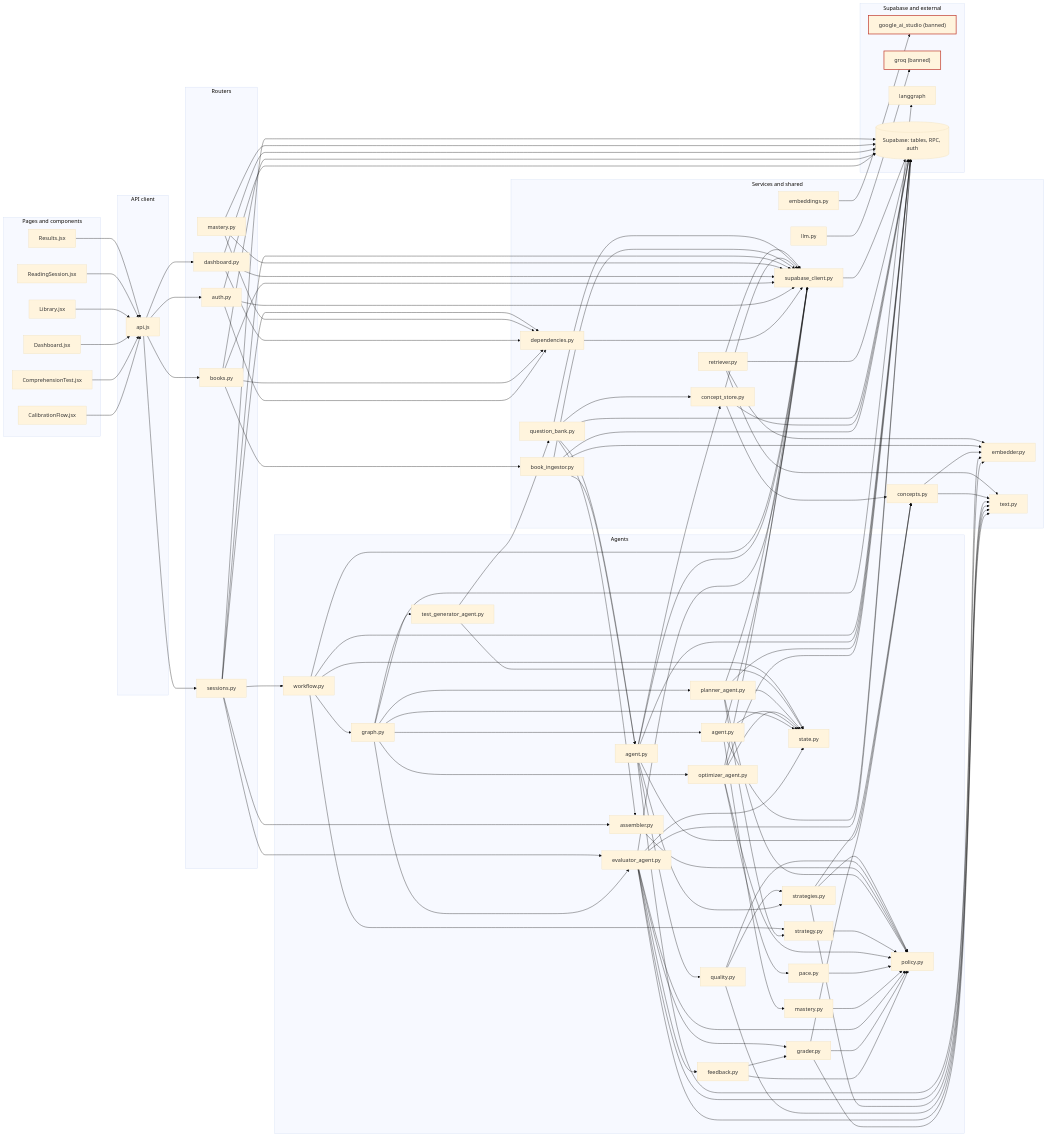
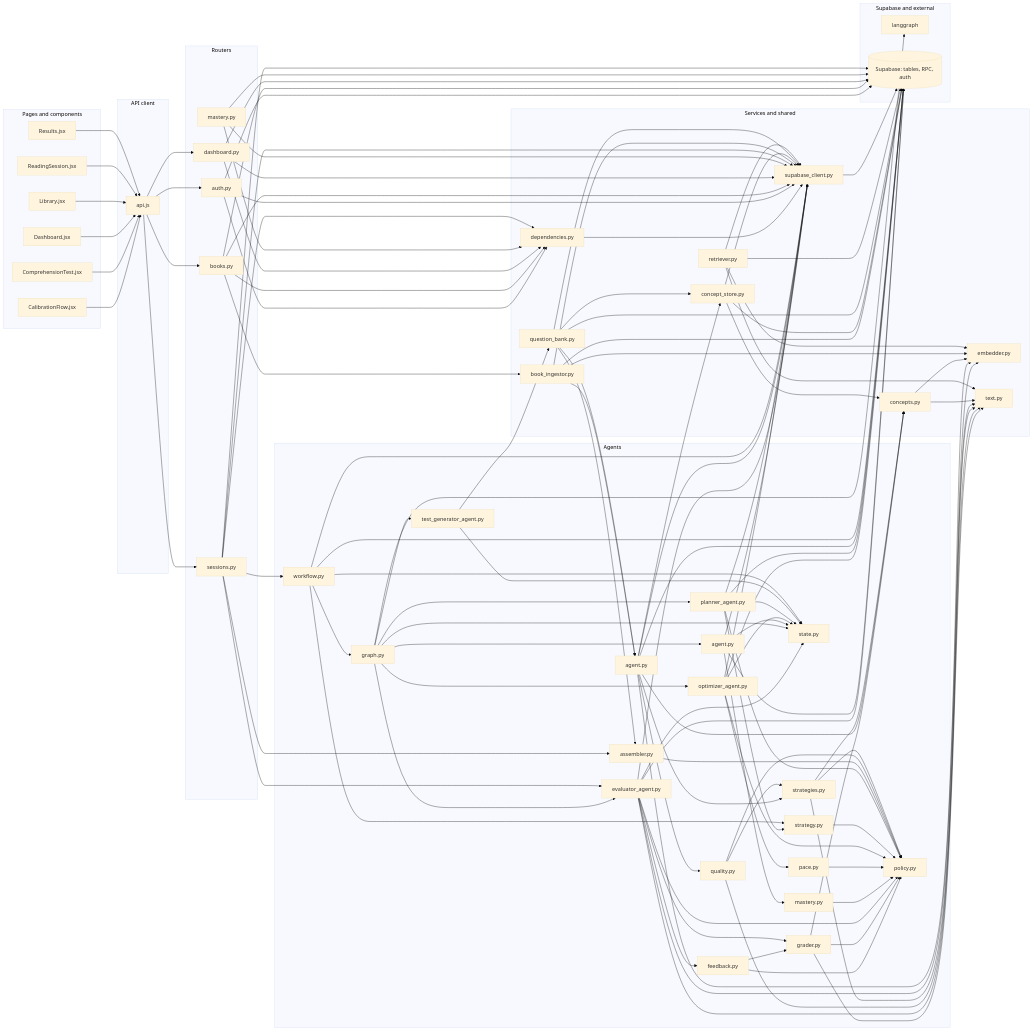
One commit to asparagusD/readfocus changed the first of 2 diagrams in docs/repo-graph/REPO_MAP.md. Above: the diagram before and after it, drawn with Mermaid (base theme). The commit also changed other lines of this file and 19 other files, not shown here.

First line of the commit message:
chore(api): remove Groq and Google AI dependencies, keep LangGraph

```diff
--- a/docs/repo-graph/REPO_MAP.md
+++ b/docs/repo-graph/REPO_MAP.md
@@ -57,15 +57,11 @@
     file_backend_nlp_text_py["text.py"]
     file_backend_services_book_ingestor_py["book_ingestor.py"]
     file_backend_services_concept_store_py["concept_store.py"]
-    file_backend_services_embeddings_py["embeddings.py"]
-    file_backend_services_llm_py["llm.py"]
     file_backend_services_question_bank_py["question_bank.py"]
     file_backend_services_retriever_py["retriever.py"]
     file_backend_services_supabase_client_py["supabase_client.py"]
   end
   subgraph sink["Supabase and external"]
-    external_google_ai_studio["google_ai_studio (banned)"]:::banned
-    external_groq["groq (banned)"]:::banned
     external_langgraph["langgraph"]
     supabase[("Supabase: tables, RPC, auth")]
   end
@@ -156,8 +152,6 @@
   file_backend_services_concept_store_py --> file_backend_nlp_concepts_py
   file_backend_services_concept_store_py --> file_backend_services_supabase_client_py
   file_backend_services_concept_store_py --> supabase
-  file_backend_services_embeddings_py --> external_google_ai_studio
-  file_backend_services_llm_py --> external_groq
   file_backend_services_question_bank_py --> file_backend_agents_question_generation_agent_py
   file_backend_services_question_bank_py --> file_backend_agents_question_generation_assembler_py
   file_backend_services_question_bank_py --> file_backend_services_concept_store_py
```
